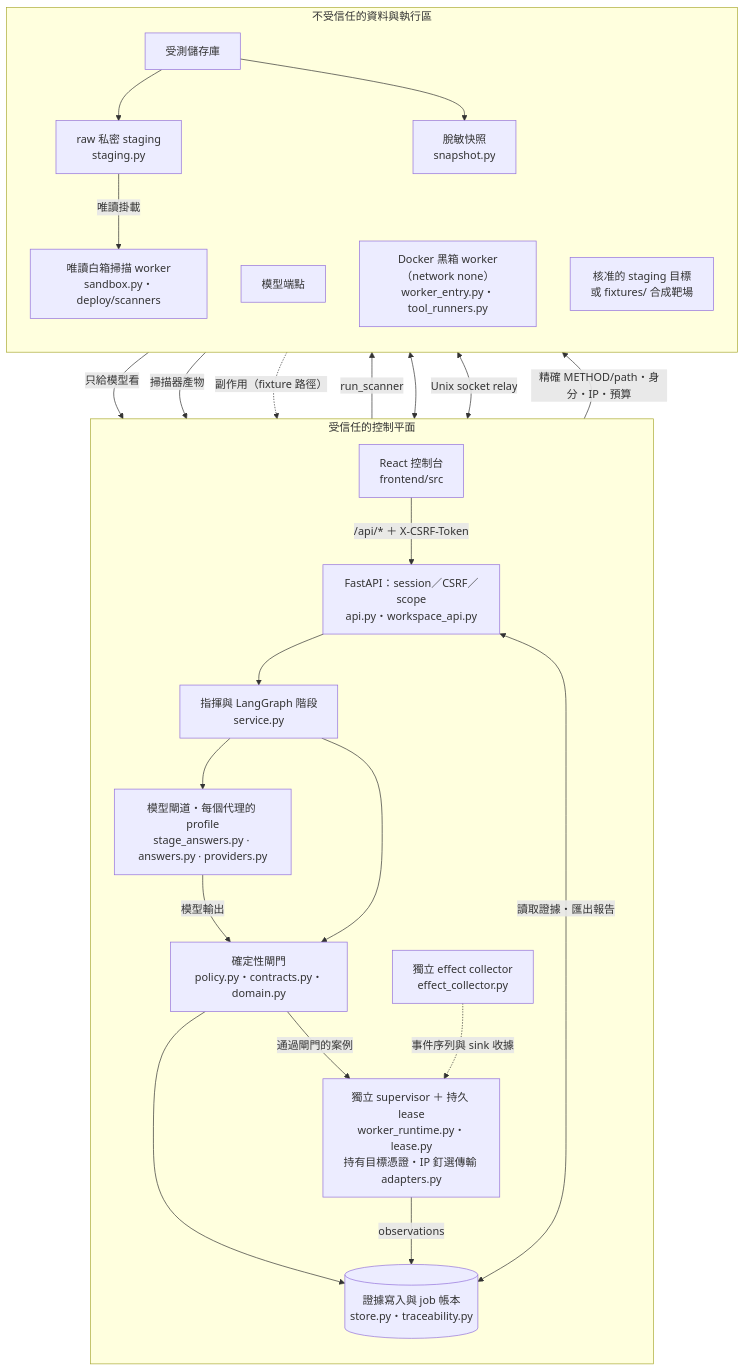
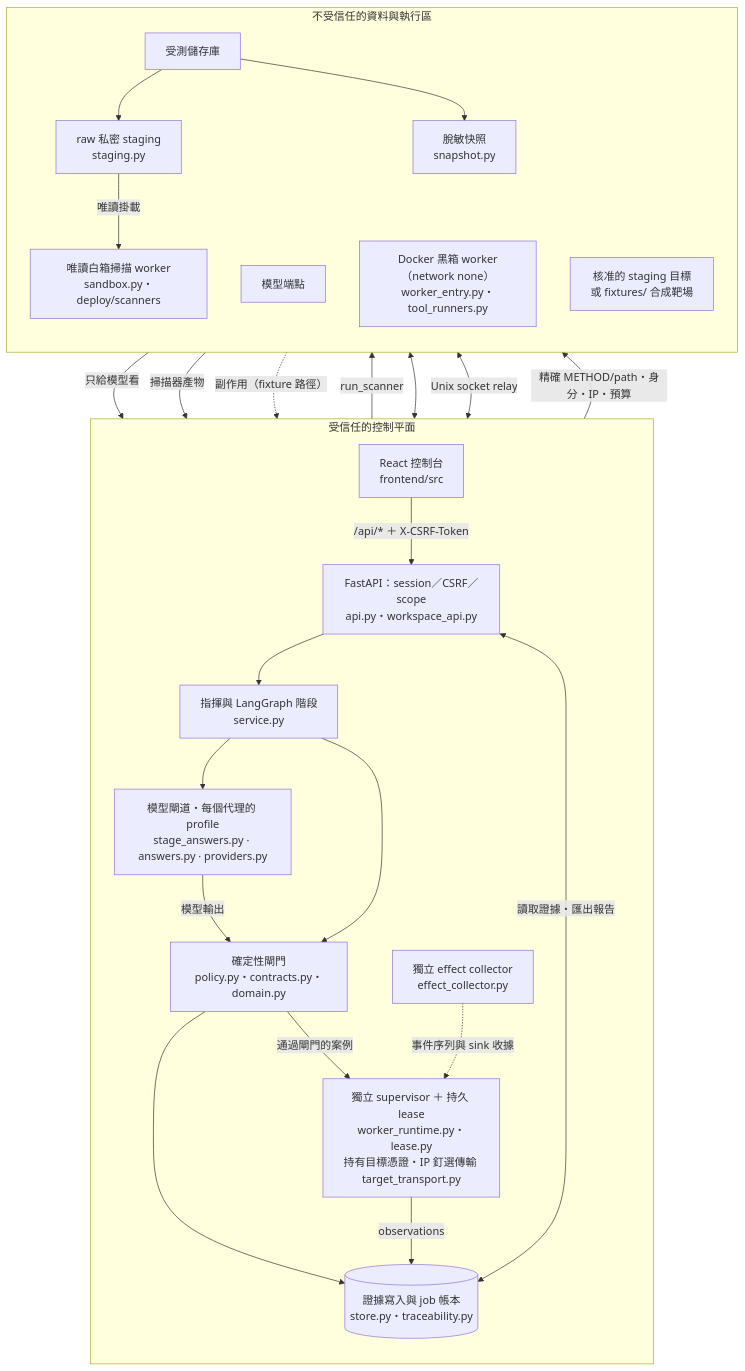
The first of 2 diagrams in docs/ARCHITECTURE.md (chinchiang/MultiAgentBeta), drawn with Mermaid before and after one commit. The commit also changed other lines of this file and 13 other files, not shown here.

````diff
--- a/docs/ARCHITECTURE.md
+++ b/docs/ARCHITECTURE.md
@@ -5,44 +5,44 @@
 ```mermaid
 flowchart TB
   subgraph CP["受信任的控制平面"]
     direction TB
     UI["React 控制台<br/>frontend/src"]
     API["FastAPI：session／CSRF／scope<br/>api.py・workspace_api.py"]
     C["指揮與 LangGraph 階段<br/>service.py"]
     MG["模型閘道・每個代理的 profile<br/>stage_answers.py · answers.py · providers.py"]
     G["確定性閘門<br/>policy.py・contracts.py・domain.py"]
-    SUP["獨立 supervisor ＋ 持久 lease<br/>worker_runtime.py・lease.py<br/>持有目標憑證・IP 釘選傳輸 adapters.py"]
+    SUP["獨立 supervisor ＋ 持久 lease<br/>worker_runtime.py・lease.py<br/>持有目標憑證・IP 釘選傳輸 target_transport.py"]
     EC["獨立 effect collector<br/>effect_collector.py"]
     DB[("證據寫入與 job 帳本<br/>store.py・traceability.py")]
   end
   subgraph UT["不受信任的資料與執行區"]
     direction TB
     REPO["受測儲存庫"]
     ST["raw 私密 staging<br/>staging.py"]
     SN["脫敏快照<br/>snapshot.py"]
     LLM["模型端點"]
     SC["唯讀白箱掃描 worker<br/>sandbox.py・deploy/scanners"]
     BW["Docker 黑箱 worker（network none）<br/>worker_entry.py・tool_runners.py"]
     T["核准的 staging 目標<br/>或 fixtures/ 合成靶場"]
   end
   UI -->|"/api/* ＋ X-CSRF-Token"| API
   API --> C
   REPO --> ST
   REPO --> SN
   C -->|"run_scanner"| SC
   ST -->|"唯讀掛載"| SC
   C --> MG
   SN -->|"只給模型看"| MG
   MG <--> LLM
   MG -->|"模型輸出"| G
   SC -->|"掃描器產物"| G
   C --> G
   G -->|"通過閘門的案例"| SUP
   SUP <-->|"Unix socket relay"| BW
   SUP -->|"精確 METHOD/path・身分・IP・預算"| T
   T -.->|"副作用（fixture 路徑）"| EC
   EC -.->|"事件序列與 sink 收據"| SUP
   G --> DB
   SUP -->|"observations"| DB
   API <-->|"讀取證據・匯出報告"| DB
 ```
````
